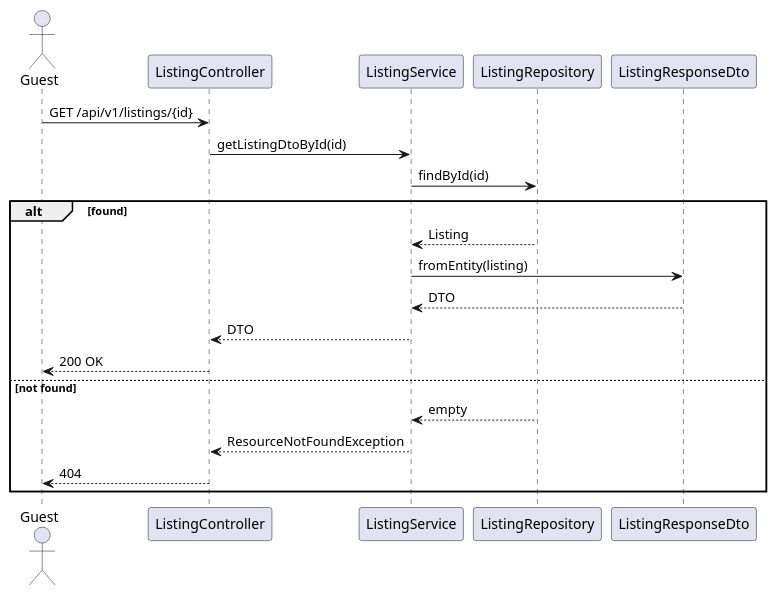
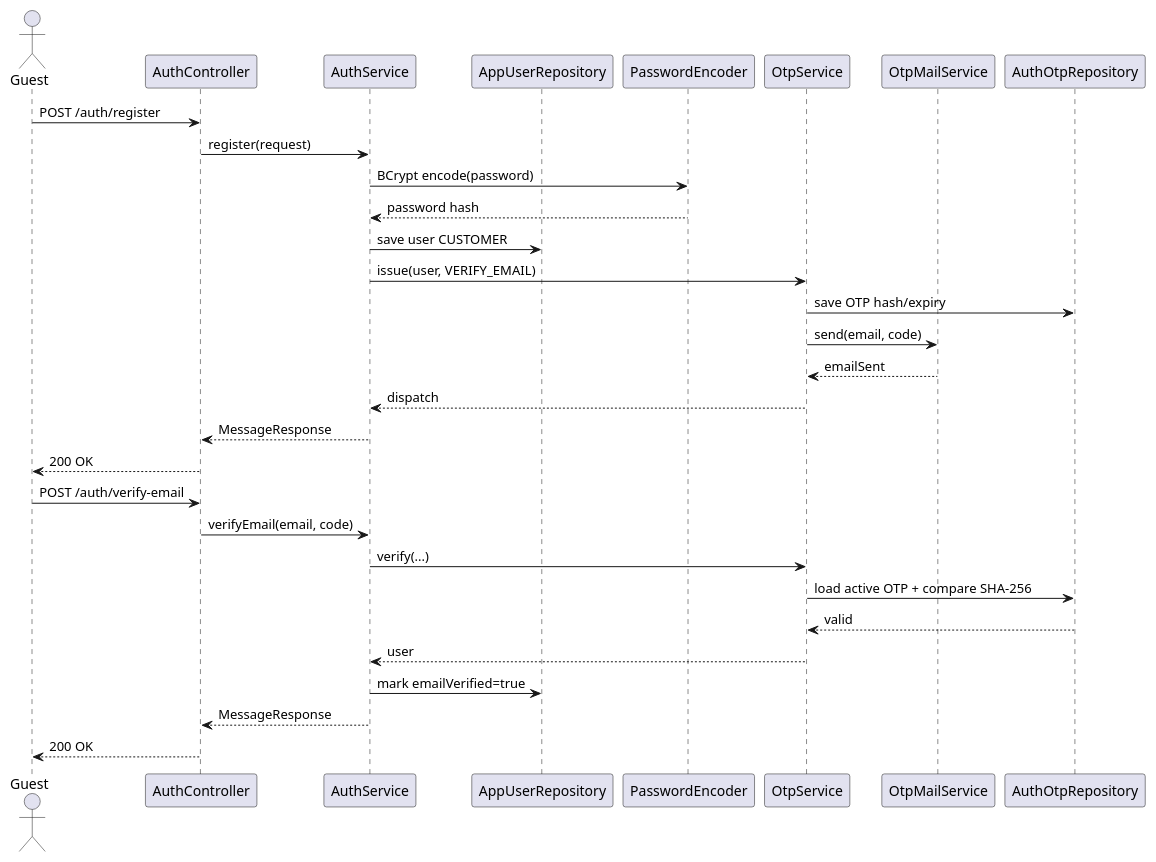
One commit to Trung-Khang/AutoTrade changed the second of 9 diagrams in docs/UML/Sequence_Diagrams.md. Above: the diagram before and after it, drawn with PlantUML. The commit also changed other lines of this file and 9 other files, not shown here.

Commit message:
docs(TV5): cập nhật tài liệu UML, CSDL, SRS và báo cáo tiến độ TV5 - Sáng 1/10/2026

````diff
--- a/docs/UML/Sequence_Diagrams.md
+++ b/docs/UML/Sequence_Diagrams.md
@@ -31,24 +31,35 @@
 ```plantuml
 @startuml
 actor Guest
-participant "ListingController" as C
-participant "ListingService" as S
-participant "ListingRepository" as R
-participant "ListingResponseDto" as D
+participant "AuthController" as C
+participant "AuthService" as S
+participant "AppUserRepository" as U
+participant "PasswordEncoder" as PE
+participant "OtpService" as O
+participant "OtpMailService" as M
+participant "AuthOtpRepository" as OR
 
-Guest -> C: GET /api/v1/listings/{id}
-C -> S: getListingDtoById(id)
-S -> R: findById(id)
-alt found
-  R --> S: Listing
-  S -> D: fromEntity(listing)
-  D --> S: DTO
-  S --> C: DTO
-  C --> Guest: 200 OK
-else not found
-  R --> S: empty
-  S --> C: ResourceNotFoundException
-  C --> Guest: 404
-end
+Guest -> C: POST /auth/register
+C -> S: register(request)
+S -> PE: BCrypt encode(password)
+PE --> S: password hash
+S -> U: save user CUSTOMER
+S -> O: issue(user, VERIFY_EMAIL)
+O -> OR: save OTP hash/expiry
+O -> M: send(email, code)
+M --> O: emailSent
+O --> S: dispatch
+S --> C: MessageResponse
+C --> Guest: 200 OK
+
+Guest -> C: POST /auth/verify-email
+C -> S: verifyEmail(email, code)
+S -> O: verify(...)
+O -> OR: load active OTP + compare SHA-256
+OR --> O: valid
+O --> S: user
+S -> U: mark emailVerified=true
+S --> C: MessageResponse
+C --> Guest: 200 OK
 @enduml
 ```
````
